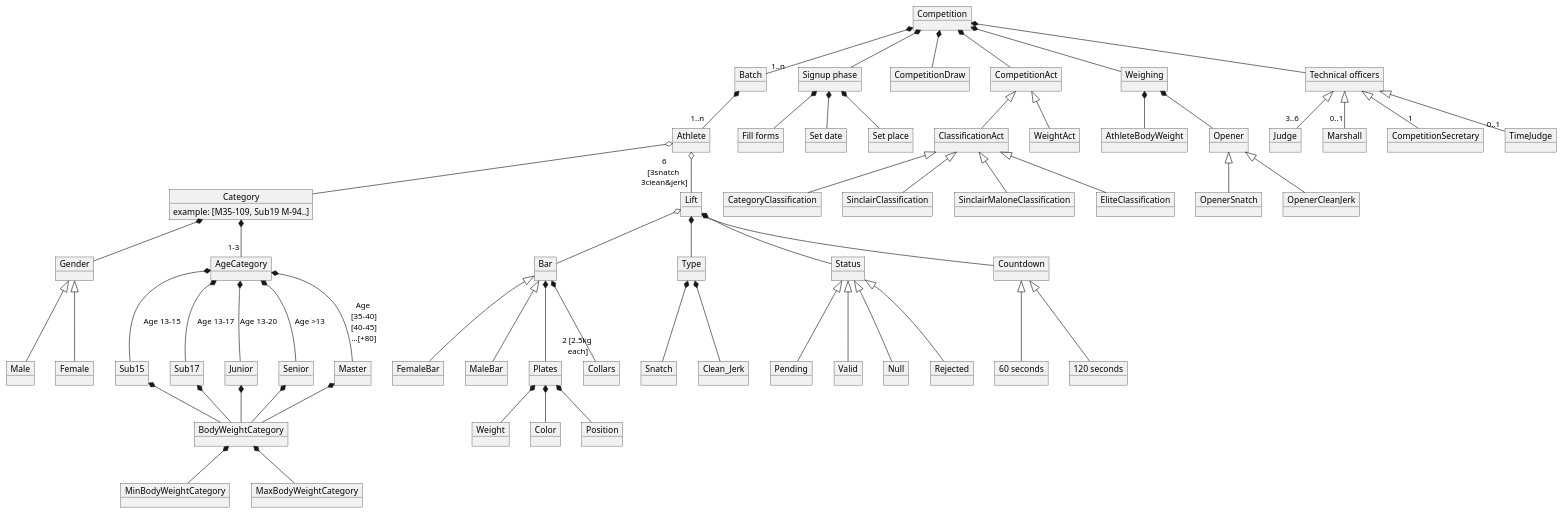
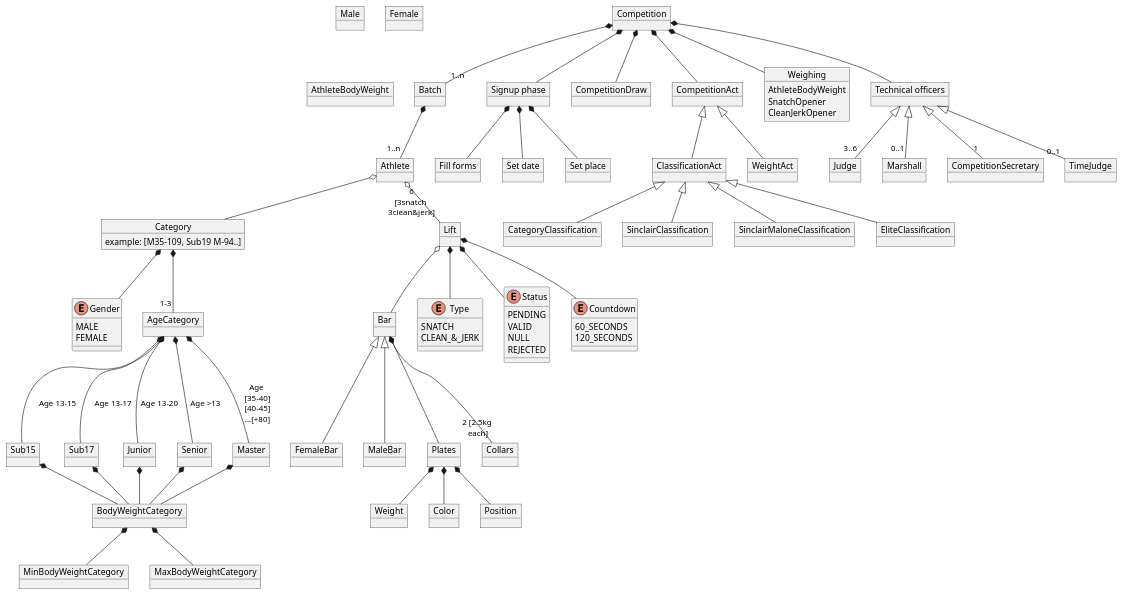
The diagram in diagrams/modelDomain/competitionDomainModel.puml (zuldare/mastercloud_pfm_halterocms), drawn with PlantUML before and after one commit. The commit also changed 1 other file, not shown here.

```diff
--- a/diagrams/modelDomain/competitionDomainModel.puml
+++ b/diagrams/modelDomain/competitionDomainModel.puml
@@ -1,164 +1,179 @@
 @startuml
 'https://plantuml.com/object-diagram
 
 object Competition
 object Batch
 object "Signup phase" as signup
 object "Fill forms" as fillForms
 object "Set date" as setDate
 object "Set place" as setPlace
 
 object Athlete
-object Gender
+enum Gender {
+  MALE
+  FEMALE
+}
 object Male
 object Female
 
 object CompetitionDraw
 
 ' Category
 object Category {
   example: [M35-109, Sub19 M-94..]
 }
 
 object BodyWeightCategory
 object MinBodyWeightCategory
 object MaxBodyWeightCategory
 
 object AgeCategory
 object Sub15
 object Sub17
 object Junior
 object Senior
 object Master
 
 ' Bars
 object Bar
 object FemaleBar
 object MaleBar
 object Plates
 object Weight
 object Color
 object Collars
 object Position
 
 ' Lifts
 object Lift
-object Type
-object Snatch
-object Clean_Jerk
-object Status
-object Pending
-object Valid
-object Null
-object Rejected
-object Countdown
-object "60 seconds" as 60s
-object "120 seconds" as 120s
+enum Type {
+  SNATCH
+  CLEAN_&_JERK
+}
+
+enum Status {
+PENDING
+VALID
+NULL
+REJECTED
+}
+
+enum Countdown {
+60_SECONDS
+120_SECONDS
+}
+
+' object "60 seconds" as 60s
+' object "120 seconds" as 120s
 
 ' Competition acts
 object CompetitionAct
 object ClassificationAct
 object WeightAct
 
 ' Clasification Acts
 object CategoryClassification
 object SinclairClassification
 object SinclairMaloneClassification
 object EliteClassification
 
 ' Weighing
-object Weighing
+object Weighing {
+AthleteBodyWeight
+SnatchOpener
+CleanJerkOpener
+}
 object AthleteBodyWeight
-object Opener
-object OpenerSnatch
-object OpenerCleanJerk
+'object Opener
+'object OpenerSnatch
+'object OpenerCleanJerk
 
 ' Technical officers
 object "Technical officers" as TC
 object Judge
 object Marshall
 object CompetitionSecretary
 object TimeJudge
 
 
 Competition *-- TC
 TC <|-- "3..6" Judge
 TC <|-- "0..1" Marshall
 TC <|-- "1" CompetitionSecretary
 TC <|-- "0..1" TimeJudge
 
 
-Weighing *-- AthleteBodyWeight
-Weighing *-- Opener
-Opener <|-- OpenerSnatch
-Opener <|-- OpenerCleanJerk
+' Weighing *-- AthleteBodyWeight
+' Weighing *-- Opener
+' Opener <|-- OpenerSnatch
+' Opener <|-- OpenerCleanJerk
 
 
 Lift *-- Type
-Type *-- Snatch
-Type *-- Clean_Jerk
+'Type *-- Snatch
+'Type *-- Clean_Jerk
 Lift o-- Bar
 Lift *-- Status
-Status <|-- Pending
-Status <|-- Valid
-Status <|-- Null
-Status <|-- Rejected
+'Status <|-- Pending
+'Status <|-- Valid
+'Status <|-- Null
+'Status <|-- Rejected
 Lift *-- Countdown
-Countdown <|-- 60s
-Countdown <|-- 120s
+'Countdown <|-- 60s
+'Countdown <|-- 120s
 
 
 Competition *-- signup
 signup *-- fillForms
 signup *-- setDate
 signup *-- setPlace
 Competition *-- Weighing
 Competition *-- "1..n" Batch
 Batch *-- "1..n" Athlete
 Competition *-- CompetitionAct
 CompetitionAct <|-- ClassificationAct
 CompetitionAct <|-- WeightAct
 Competition *-- CompetitionDraw
 
 
 ClassificationAct <|-- CategoryClassification
 ClassificationAct <|-- SinclairClassification
 ClassificationAct <|-- SinclairMaloneClassification
 ClassificationAct <|-- EliteClassification
 
 
-Gender <|-- Male
-Gender <|-- Female
+'Gender <|-- Male
+'Gender <|-- Female
 
 Category *-- "1-3" AgeCategory
 Category *-- Gender
 Sub15 *-- BodyWeightCategory
 Sub17 *-- BodyWeightCategory
 Junior *-- BodyWeightCategory
 Senior *-- BodyWeightCategory
 Master *-- BodyWeightCategory
 BodyWeightCategory *-- MinBodyWeightCategory
 BodyWeightCategory *-- MaxBodyWeightCategory
 
 AgeCategory *-- Sub15 :"Age 13-15"
 AgeCategory *-- Sub17 :"Age 13-17"
 AgeCategory *-- Junior :"Age 13-20"
 AgeCategory *-- Senior :"Age >13"
 AgeCategory *-- Master :"Age \n[35-40]\n[40-45]\n...[+80]"
 
 
 Athlete o-- Category
 
 Bar <|-- FemaleBar
 Bar <|-- MaleBar
 Bar *-- Plates
 Bar *-- "2 [2.5kg\n each]" Collars
 Plates *-- Weight
 Plates *-- Color
 Plates *-- Position
 
 
 Athlete o-- "6\n[3snatch \n3clean&jerk]" Lift
 
 
 @enduml
```
